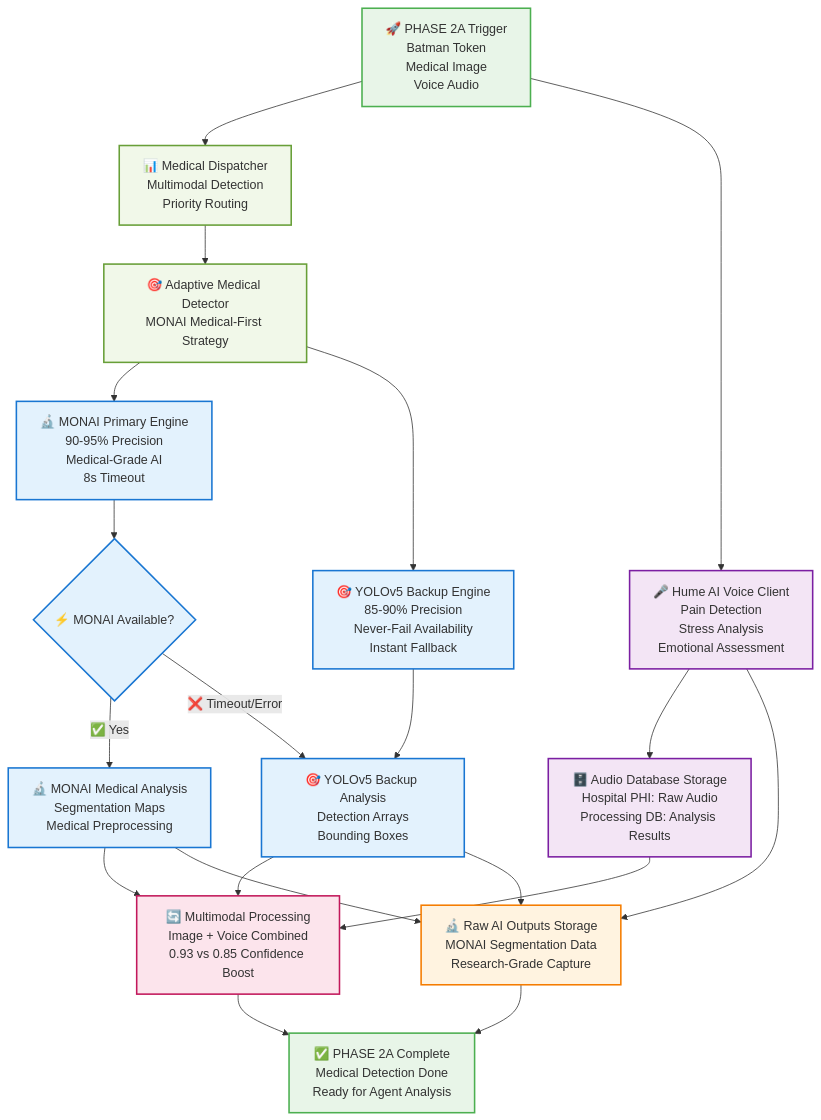
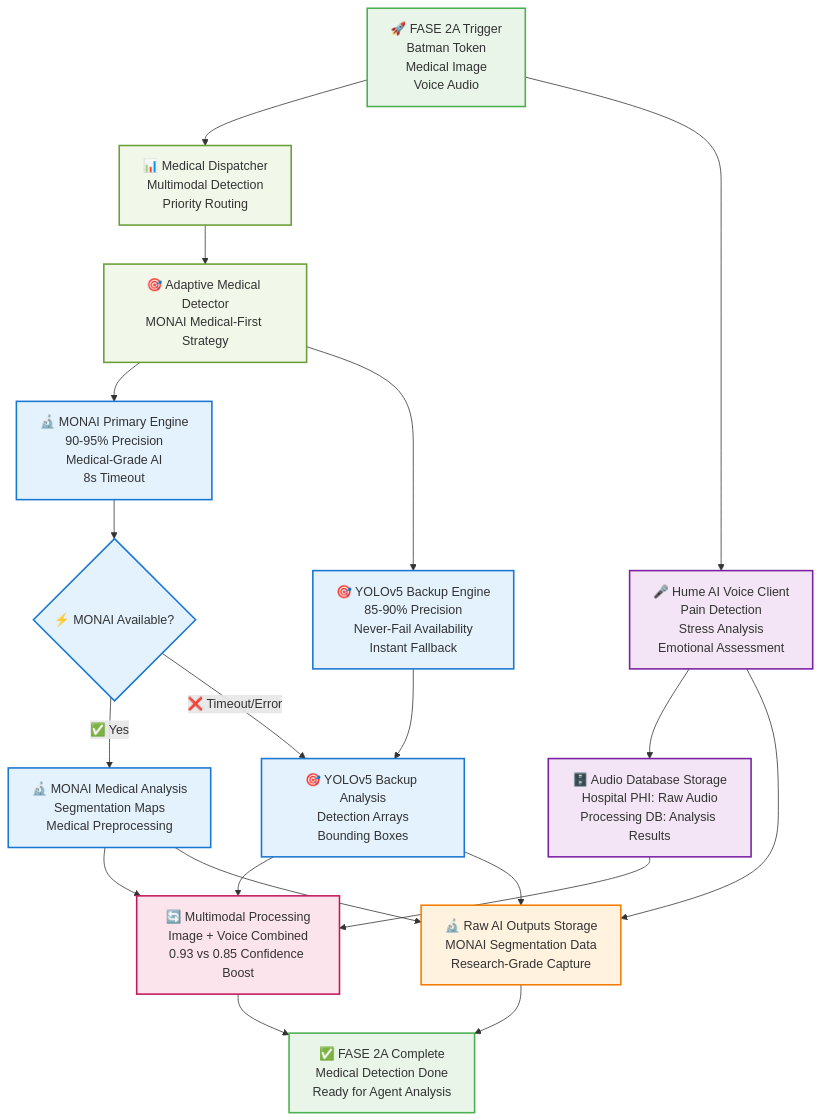
Before and after one commit to AutonomosCdM/vigia-medical-ai: the second of 5 diagrams in docs/ARCHITECTURE.md, drawn with Mermaid. The commit also changed other lines of this file and 1 other file, not shown here.

First line of the commit message:
docs: Upgrade architecture documentation with comprehensive Spanish phases

````diff
--- a/docs/ARCHITECTURE.md
+++ b/docs/ARCHITECTURE.md
@@ -99,54 +99,54 @@
 ```mermaid
 graph TD
-    %% PHASE 2A TRIGGER INPUT
-    A[🚀 PHASE 2A Trigger<br/>Batman Token<br/>Medical Image<br/>Voice Audio] --> B[📊 Medical Dispatcher<br/>Multimodal Detection<br/>Priority Routing]
+    %% FASE 2A TRIGGER INPUT
+    A[🚀 FASE 2A Trigger<br/>Batman Token<br/>Medical Image<br/>Voice Audio] --> B[📊 Medical Dispatcher<br/>Multimodal Detection<br/>Priority Routing]
     
     %% ADAPTIVE MEDICAL DETECTION
     B --> C[🎯 Adaptive Medical Detector<br/>MONAI Medical-First Strategy]
     
     %% DUAL AI ENGINE ARCHITECTURE
     C --> D[🔬 MONAI Primary Engine<br/>90-95% Precision<br/>Medical-Grade AI<br/>8s Timeout]
     C --> E[🎯 YOLOv5 Backup Engine<br/>85-90% Precision<br/>Never-Fail Availability<br/>Instant Fallback]
     
     %% INTELLIGENT ROUTING
     D --> F{⚡ MONAI Available?}
     F -->|✅ Yes| G[🔬 MONAI Medical Analysis<br/>Segmentation Maps<br/>Medical Preprocessing]
     F -->|❌ Timeout/Error| H[🎯 YOLOv5 Backup Analysis<br/>Detection Arrays<br/>Bounding Boxes]
     E --> H
     
     %% VOICE ANALYSIS INTEGRATION
     A --> I[🎤 Hume AI Voice Client<br/>Pain Detection<br/>Stress Analysis<br/>Emotional Assessment]
     I --> J[🗄️ Audio Database Storage<br/>Hospital PHI: Raw Audio<br/>Processing DB: Analysis Results]
     
     %% MULTIMODAL PROCESSING
     G --> K[🔄 Multimodal Processing<br/>Image + Voice Combined<br/>0.93 vs 0.85 Confidence Boost]
     H --> K
     J --> K
     
     %% RAW AI OUTPUTS STORAGE
     G --> L[🔬 Raw AI Outputs Storage<br/>MONAI Segmentation Data<br/>Research-Grade Capture]
     H --> L
     I --> L
     
-    %% PHASE 2A COMPLETION
-    K --> M[✅ PHASE 2A Complete<br/>Medical Detection Done<br/>Ready for Agent Analysis]
+    %% FASE 2A COMPLETION
+    K --> M[✅ FASE 2A Complete<br/>Medical Detection Done<br/>Ready for Agent Analysis]
     L --> M
     
     %% STYLING
     classDef triggerNode fill:#e8f5e8,stroke:#4caf50,stroke-width:2px
     classDef medicalNode fill:#f1f8e9,stroke:#689f38,stroke-width:2px
     classDef aiNode fill:#e3f2fd,stroke:#1976d2,stroke-width:2px
     classDef voiceNode fill:#f3e5f5,stroke:#7b1fa2,stroke-width:2px
     classDef agentNode fill:#e1f5fe,stroke:#0277bd,stroke-width:2px
     classDef storageNode fill:#fff3e0,stroke:#f57c00,stroke-width:2px
     classDef analysisNode fill:#fce4ec,stroke:#c2185b,stroke-width:2px
     classDef completionNode fill:#e8f5e8,stroke:#4caf50,stroke-width:2px
     classDef auditNode fill:#ffebee,stroke:#d32f2f,stroke-width:2px
     
     class A,M triggerNode
     class B,C medicalNode
     class D,E,F,G,H aiNode
     class I,J voiceNode
     class K analysisNode
     class L storageNode
 ```
````
